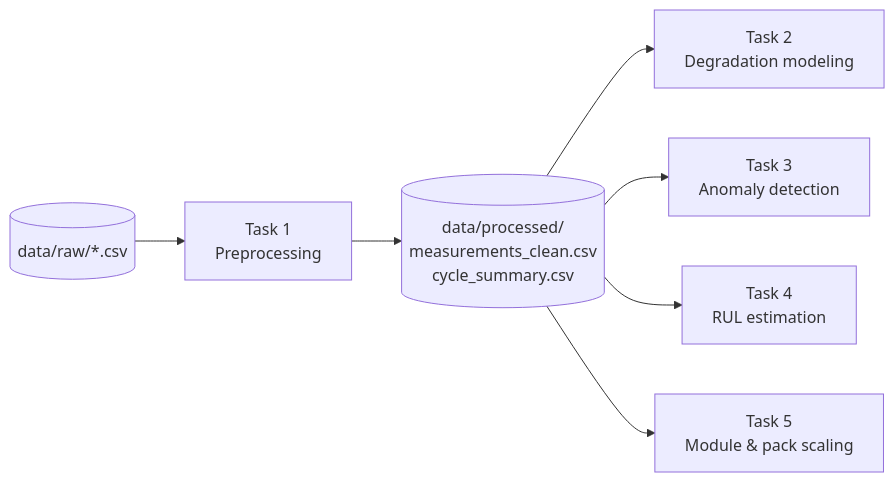
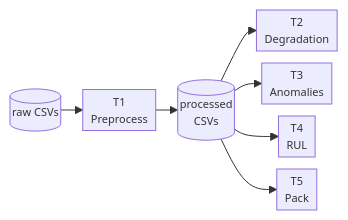
The diagram in README.md (SumanBasava11/meatech-battery-analytics-case-study), drawn with Mermaid before and after one commit. The commit also changed other lines of this file, not shown here.

Commit message:
Update readme file

````diff
--- a/README.md
+++ b/README.md
@@ -127,9 +134,10 @@
 ```mermaid
+%%{init: {"themeVariables": {"fontSize": "11px"}, "flowchart": {"nodeSpacing": 12, "rankSpacing": 22, "padding": 4}}}%%
 flowchart LR
-    RAW[("data/raw/*.csv")] --> T1["Task 1<br/>Preprocessing"]
-    T1 --> P[("data/processed/<br/>measurements_clean.csv<br/>cycle_summary.csv")]
-    P --> T2["Task 2<br/>Degradation modeling"]
-    P --> T3["Task 3<br/>Anomaly detection"]
-    P --> T4["Task 4<br/>RUL estimation"]
-    P --> T5["Task 5<br/>Module & pack scaling"]
+    RAW[("raw CSVs")] --> T1["T1<br/>Preprocess"]
+    T1 --> P[("processed<br/>CSVs")]
+    P --> T2["T2<br/>Degradation"]
+    P --> T3["T3<br/>Anomalies"]
+    P --> T4["T4<br/>RUL"]
+    P --> T5["T5<br/>Pack"]
 ```
````
